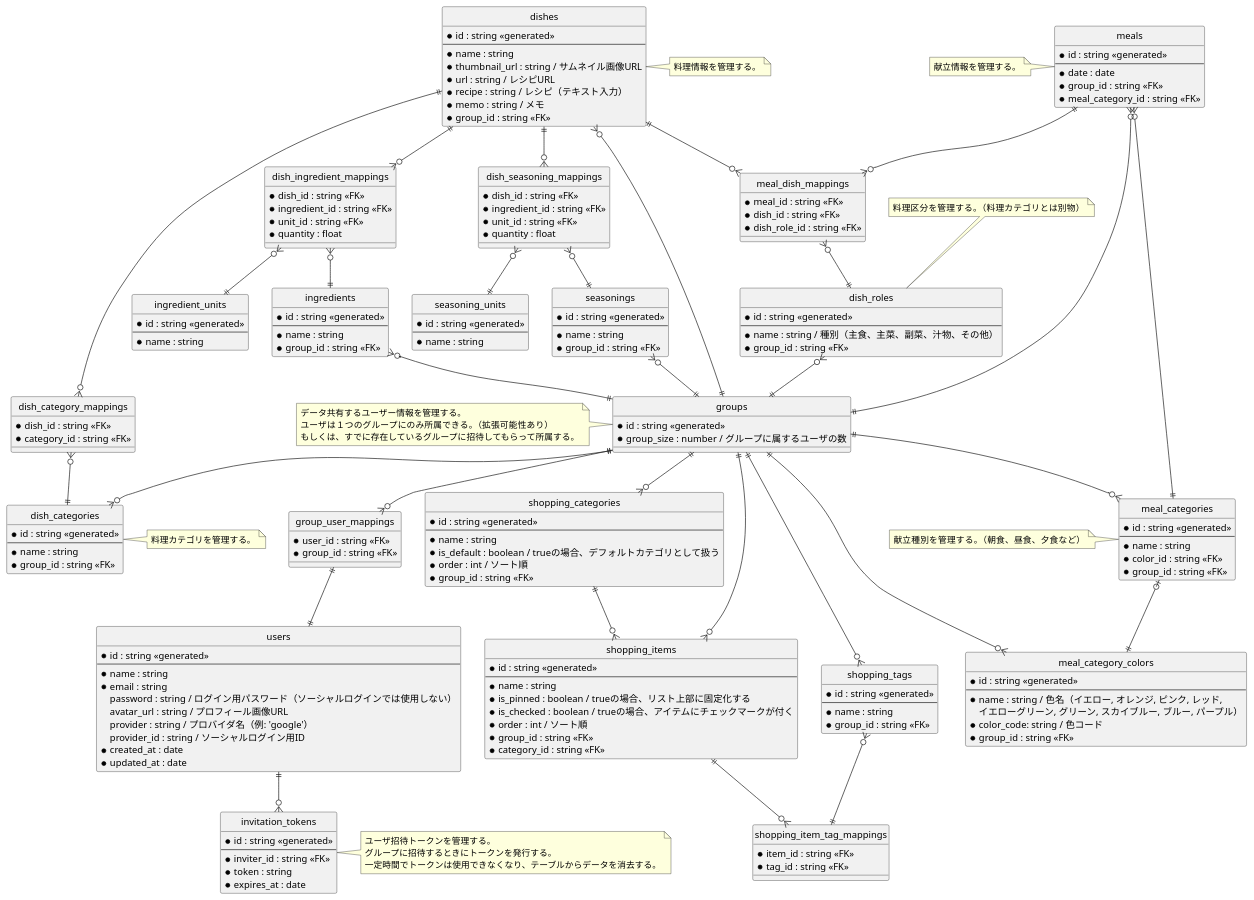
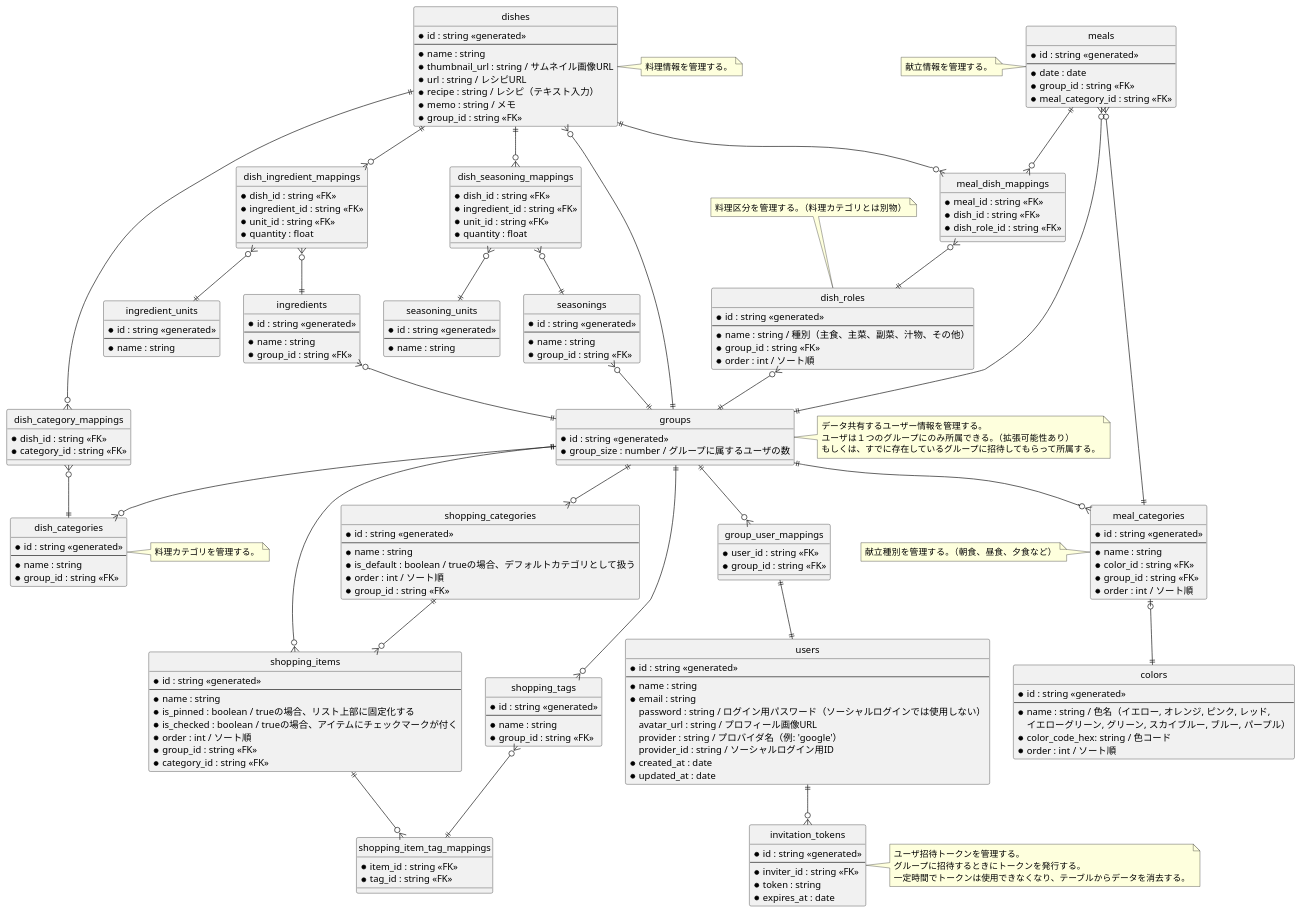
The diagram in server/docs/er.puml (nanoha94/meap), drawn with PlantUML before and after one commit. The commit also changed 15 other files, not shown here.

```diff
--- a/server/docs/er.puml
+++ b/server/docs/er.puml
@@ -62,6 +62,7 @@
     ---
     * name : string / 種別（主食、主菜、副菜、汁物、その他）
     * group_id : string <<FK>>
+    * order : int / ソート順
 }
 
 entity dish_categories {
@@ -97,15 +98,16 @@
     * name : string
     * color_id : string <<FK>>
     * group_id : string <<FK>>
+    * order : int / ソート順
 }
 
-entity meal_category_colors {
+entity colors {
     * id : string <<generated>>
     --
     * name : string / 色名（イエロー, オレンジ, ピンク, レッド, 
         イエローグリーン, グリーン, スカイブルー, ブルー, パープル）
-    * color_code: string / 色コード
-    * group_id : string <<FK>>
+    * color_code_hex: string / 色コード
+    * order : int / ソート順
 }
 
 entity shopping_items {
@@ -178,8 +180,7 @@
 shopping_tags }o--|| shopping_item_tag_mappings
 
 groups ||--o{ meal_categories
-groups ||--o{ meal_category_colors
-meal_categories |o--|| meal_category_colors
+meal_categories |o--|| colors
 
 meals }o--|| groups
 meals }o--|| meal_categories
@@ -205,7 +206,7 @@
 dish_seasoning_mappings }o--|| seasonings
 
 
-note left of groups
+note right of groups
   データ共有するユーザー情報を管理する。
   ユーザは１つのグループにのみ所属できる。（拡張可能性あり）
   もしくは、すでに存在しているグループに招待してもらって所属する。
```
